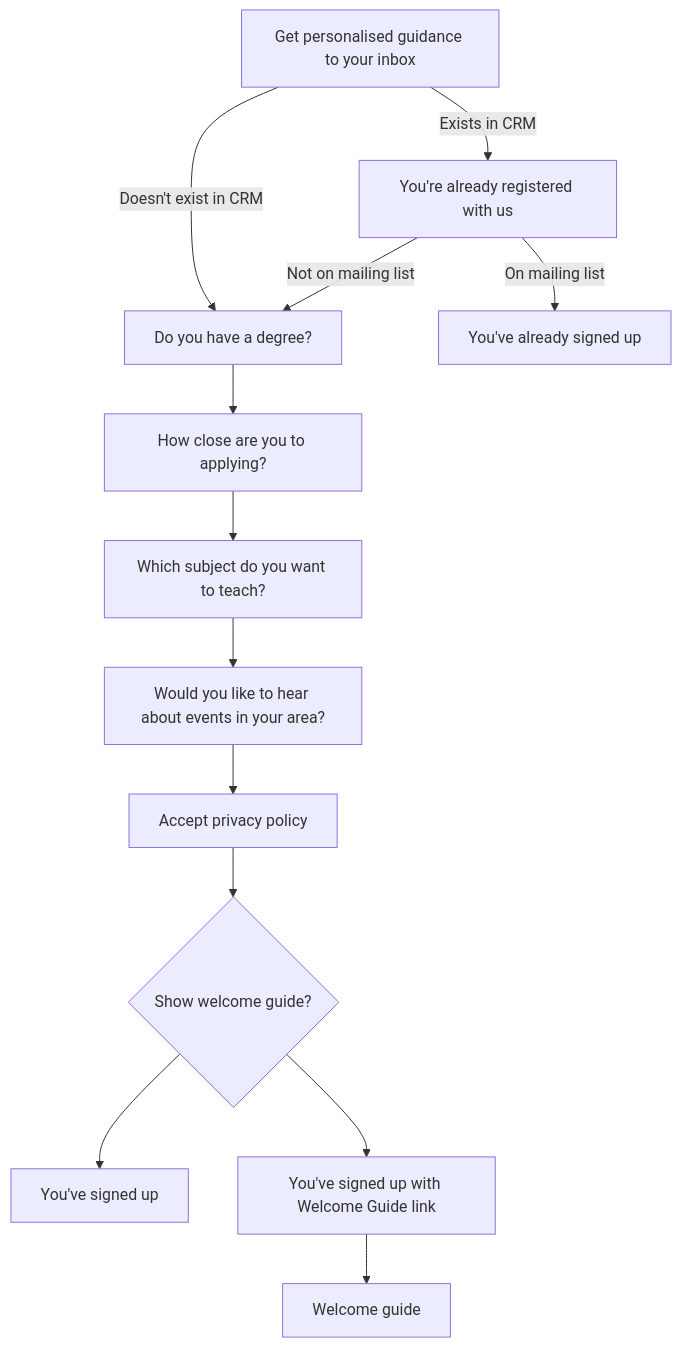
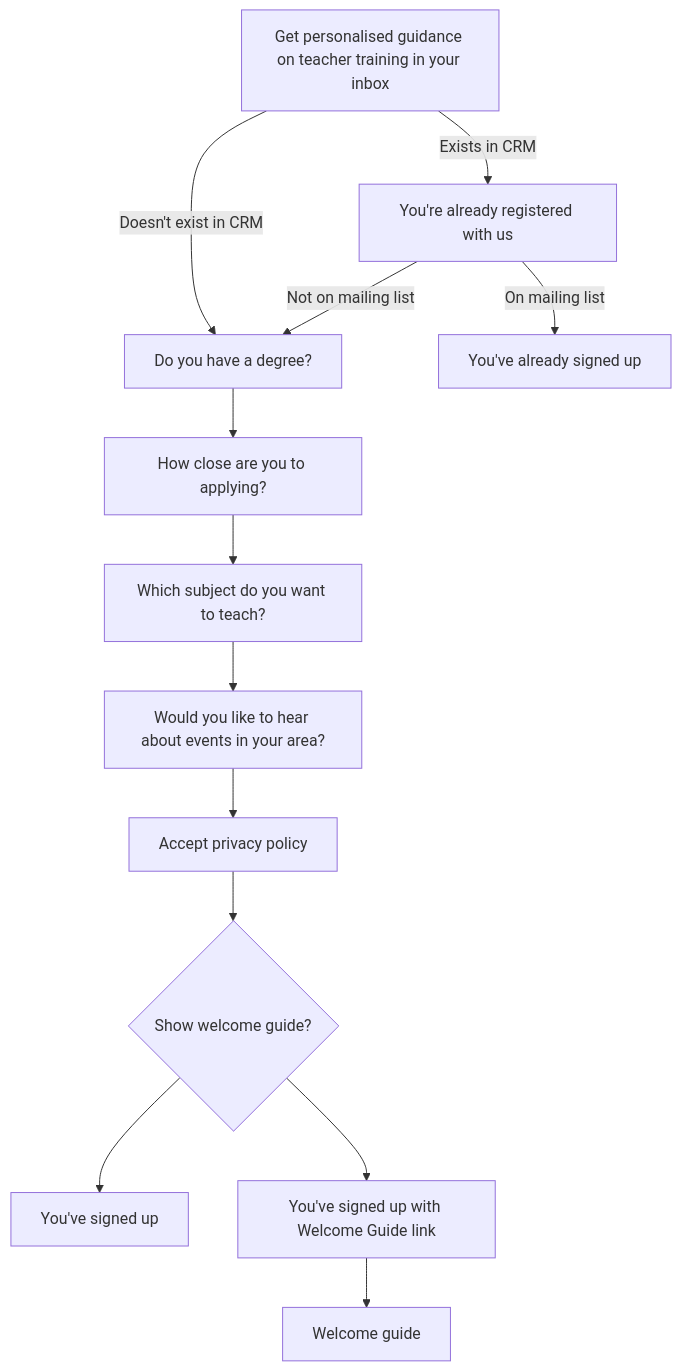
Before and after one commit to DFE-Digital/get-into-teaching-app: the diagram in docs/mailing-list-flow.md, drawn with Mermaid. The commit also changed 2 other files, not shown here.

Commit message:
Changing mailing list copy

````diff
--- a/docs/mailing-list-flow.md
+++ b/docs/mailing-list-flow.md
@@ -3,21 +3,21 @@
 ```mermaid
 graph TD;
-  name_and_email[Get personalised guidance to your inbox] -- Doesn't exist in CRM --> degree[Do you have a degree?]
+  name_and_email[Get personalised guidance on teacher training in your inbox] -- Doesn't exist in CRM --> degree[Do you have a degree?]
   name_and_email -- Exists in CRM --> already_registered[You're already registered with us]
   
   already_registered -- Not on mailing list --> degree
   already_registered -- On mailing list --> signed_up_already[You've already signed up]
   degree --> journey_stage[How close are you to applying?]
   
   journey_stage --> subject[Which subject do you want to teach?]
   subject --> events[Would you like to hear about events in your area?]
   
   events --> privacy_policy[Accept privacy policy]
   
   privacy_policy --> show_welcome_guide{Show welcome guide?}
   
   show_welcome_guide --> signed_up_no_wg[You've signed up]  
   show_welcome_guide --> signed_up_wg[You've signed up with Welcome Guide link]  
   
   signed_up_wg --> welcome_guide[Welcome guide]
 ```
````
